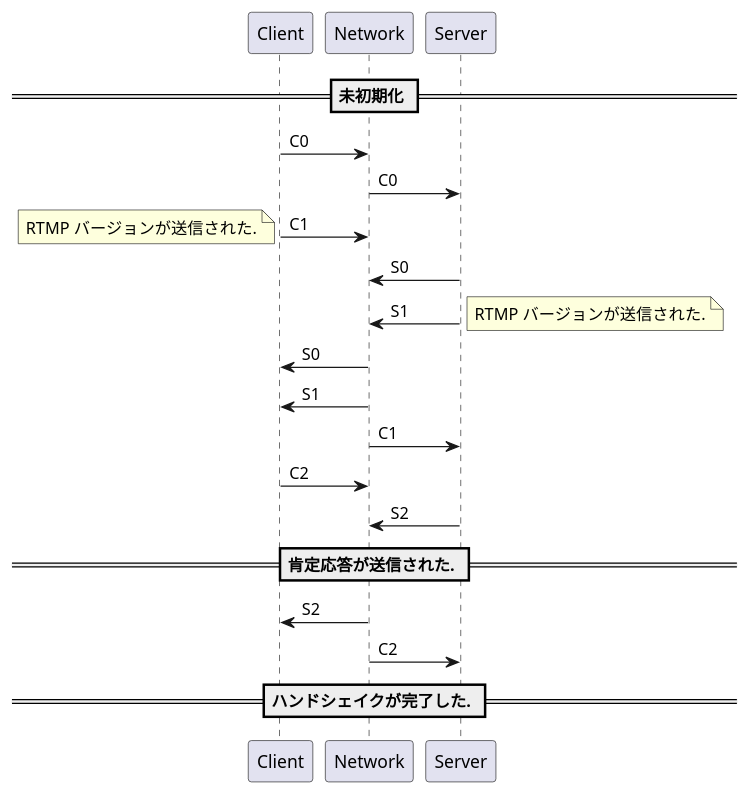
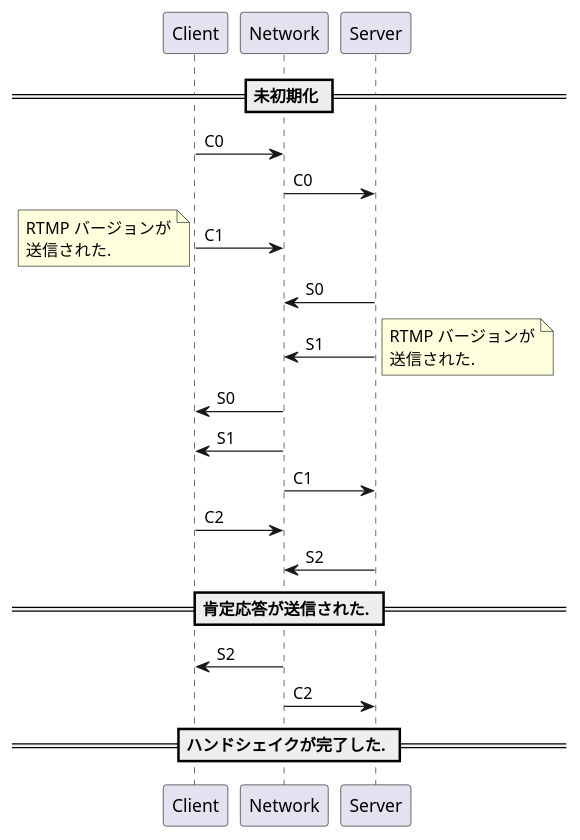
The first of 2 diagrams in src/markdowns/Overview.md (t-matsudate/rtmp-reports-src), drawn with PlantUML before and after one commit. The commit also changed other lines of this file and 1 other file, not shown here.

Commit message:
Added: The **current** RTMP handshake seqeunce.

```diff
--- a/src/markdowns/Overview.md
+++ b/src/markdowns/Overview.md
@@ -65,19 +65,25 @@
 @startuml
 == 未初期化 ==
 Client -> Network: C0
 Network -> Server: C0
 Client -> Network: C1
-note left: RTMP バージョンが送信された.
+note left
+    RTMP バージョンが
+    送信された.
+end note
 Server -> Network: S0
 Server -> Network: S1
-note right: RTMP バージョンが送信された.
+note right
+    RTMP バージョンが
+    送信された.
+end note
 Network -> Client: S0
 Network -> Client: S1
 Network -> Server: C1
 Client -> Network: C2
 Server -> Network: S2
 == 肯定応答が送信された. ==
 Network -> Client: S2
 Network -> Server: C2
 == ハンドシェイクが完了した. ==
 @enduml
```
